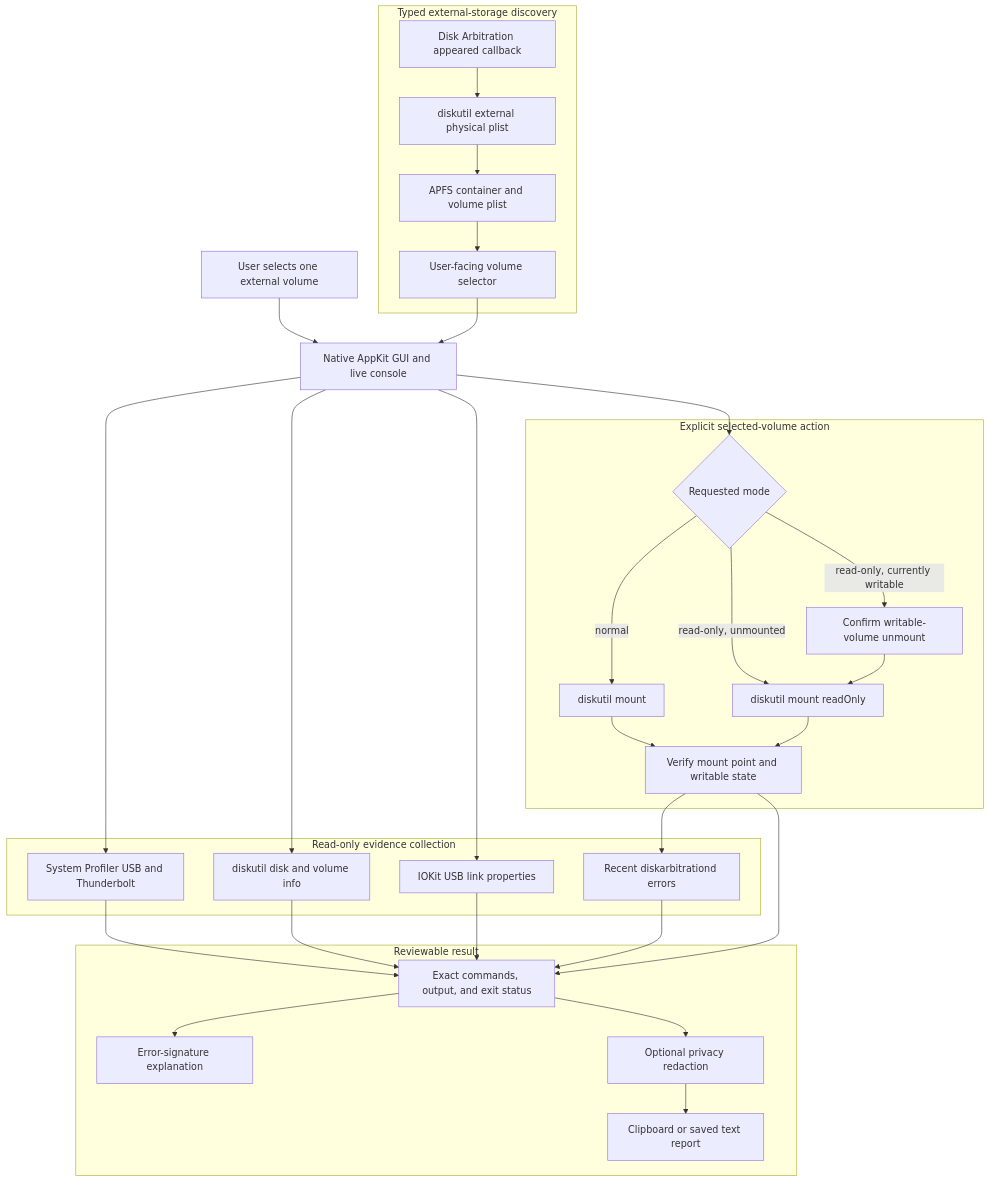
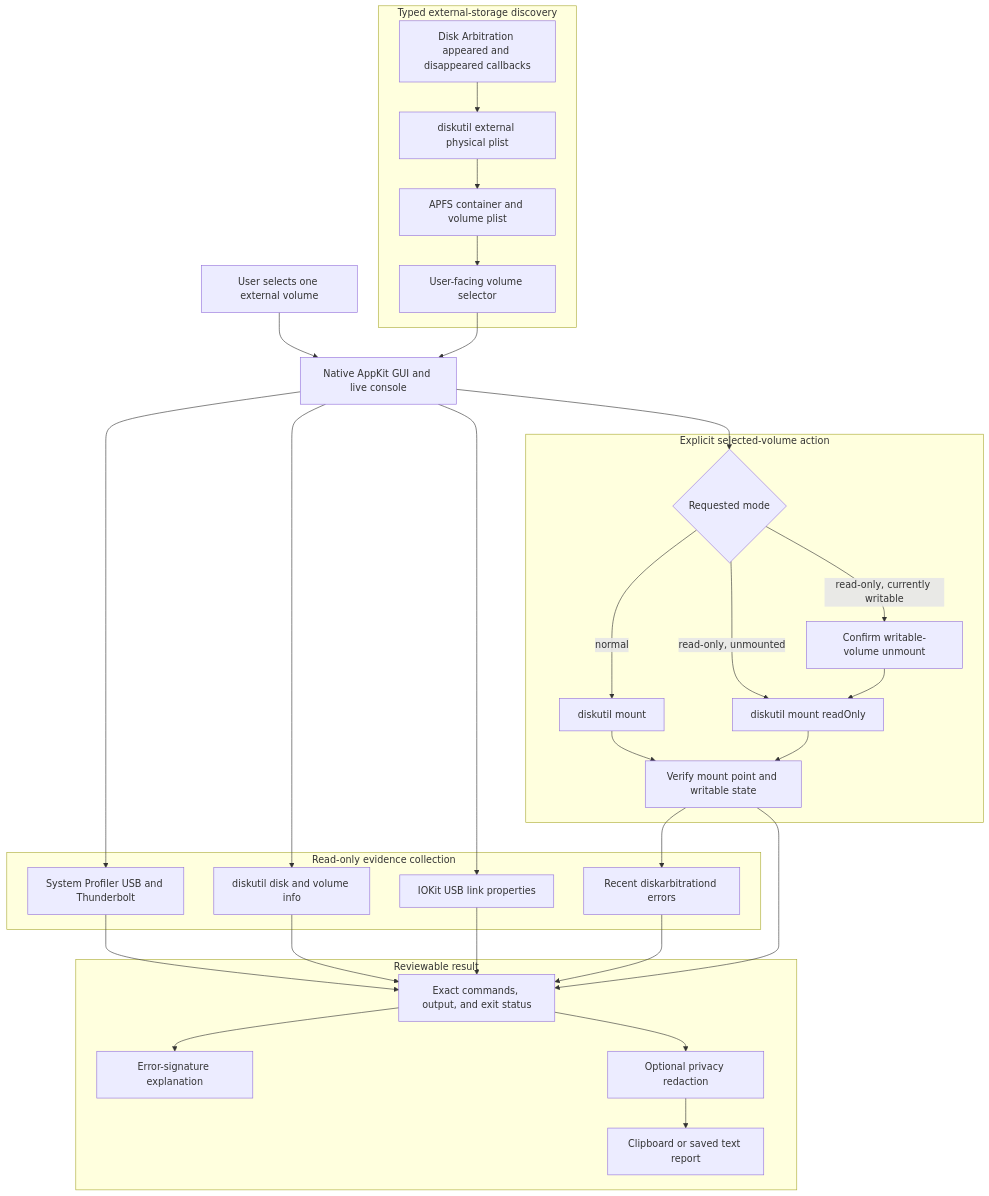
One commit to hideouts-io/VolumeMountTroubleshooter changed the diagram in README.md. Above: the diagram before and after it, drawn with Mermaid. The commit also changed other lines of this file and 3 other files, not shown here.

````diff
--- a/README.md
+++ b/README.md
@@ -143,59 +145,59 @@
 ```mermaid
 flowchart TB
     User["User selects one external volume"]
     UI["Native AppKit GUI and live console"]
 
     subgraph Discovery["Typed external-storage discovery"]
-        DA["Disk Arbitration appeared callback"]
+        DA["Disk Arbitration appeared and disappeared callbacks"]
         List["diskutil external physical plist"]
         APFS["APFS container and volume plist"]
         Selector["User-facing volume selector"]
     end
 
     subgraph Evidence["Read-only evidence collection"]
         SP["System Profiler USB and Thunderbolt"]
         Info["diskutil disk and volume info"]
         IOKit["IOKit USB link properties"]
         Logs["Recent diskarbitrationd errors"]
     end
 
     subgraph Action["Explicit selected-volume action"]
         Mode{"Requested mode"}
         Normal["diskutil mount"]
         Confirm["Confirm writable-volume unmount"]
         ReadOnly["diskutil mount readOnly"]
         Verify["Verify mount point and writable state"]
     end
 
     subgraph Output["Reviewable result"]
         Console["Exact commands, output, and exit status"]
         Guide["Error-signature explanation"]
         Redact["Optional privacy redaction"]
         Report["Clipboard or saved text report"]
     end
 
     DA --> List
     List --> APFS
     APFS --> Selector
     User --> UI
     Selector --> UI
     UI --> SP
     UI --> Info
     UI --> IOKit
     UI --> Mode
     Mode -->|"normal"| Normal
     Mode -->|"read-only, unmounted"| ReadOnly
     Mode -->|"read-only, currently writable"| Confirm
     Confirm --> ReadOnly
     Normal --> Verify
     ReadOnly --> Verify
     Verify --> Logs
     SP --> Console
     Info --> Console
     IOKit --> Console
     Logs --> Console
     Verify --> Console
     Console --> Guide
     Console --> Redact
     Redact --> Report
 ```
````
